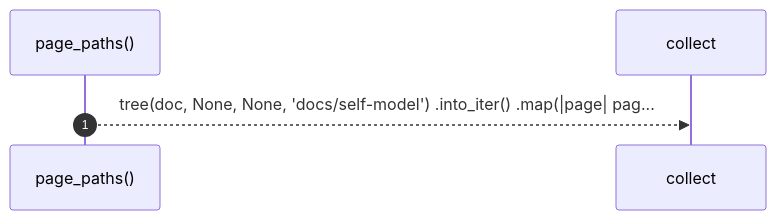
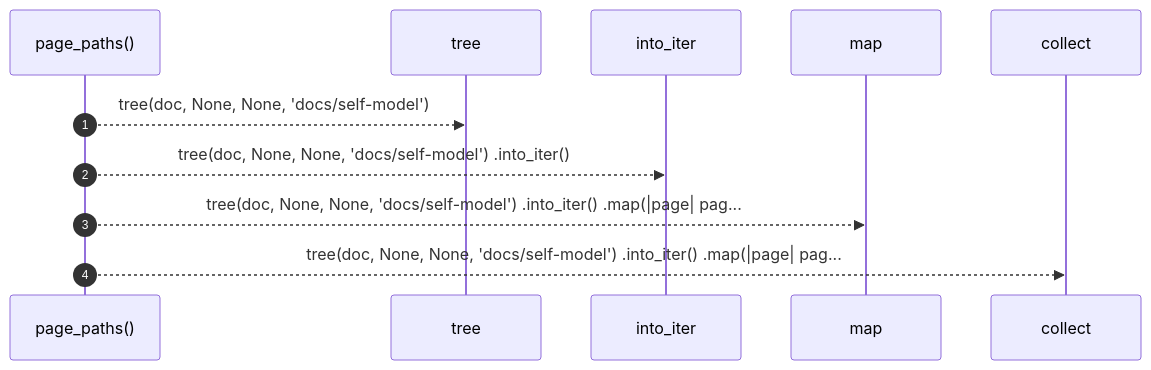
One commit to RyanGuild/self-describing-code changed the diagram in docs/self-model/robby_render/tree/page-paths.md. Above: the diagram before and after it, drawn with Mermaid. The commit also changed other lines of this file and 1404 other files, not shown here.

````diff
--- a/docs/self-model/robby_render/tree/page-paths.md
+++ b/docs/self-model/robby_render/tree/page-paths.md
@@ -24,7 +24,13 @@
 ```mermaid
 sequenceDiagram
     autonumber
     participant page_paths as page_paths()
+    participant tree as tree
+    participant into_iter as into_iter
+    participant map as map
     participant collect as collect
+    page_paths-->>tree: tree(doc, None, None, 'docs/self-model')
+    page_paths-->>into_iter: tree(doc, None, None, 'docs/self-model') .into_iter()
+    page_paths-->>map: tree(doc, None, None, 'docs/self-model') .into_iter() .map(|page| pag...
     page_paths-->>collect: tree(doc, None, None, 'docs/self-model') .into_iter() .map(|page| pag...
 ```
````
